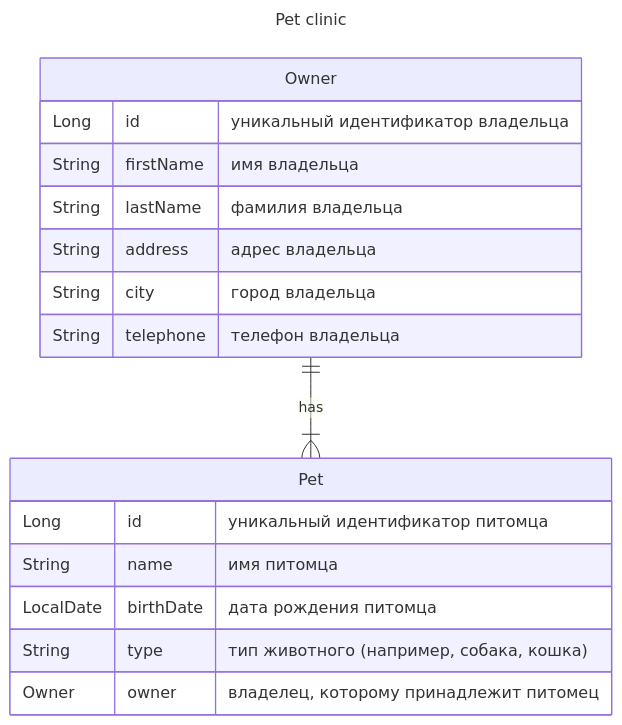
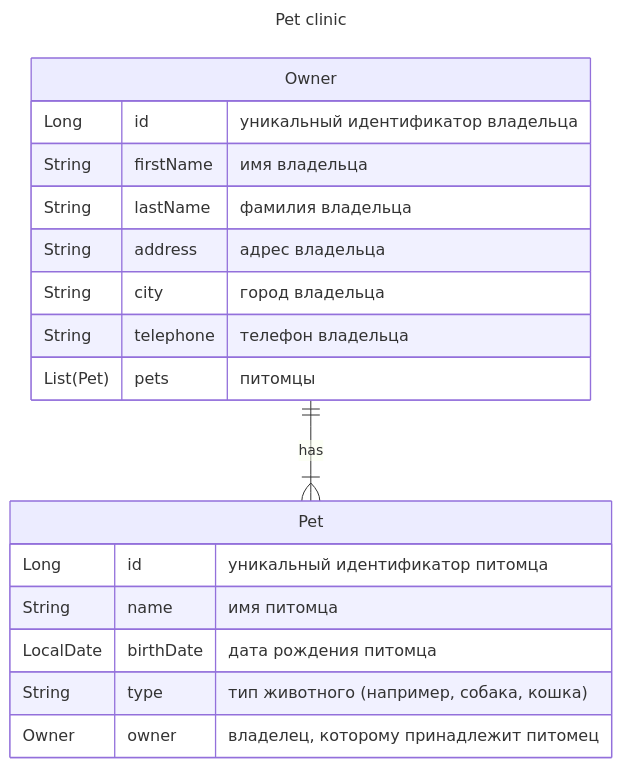
One commit to nixiedroid/PetClinic changed the first of 2 diagrams in README.md. Above: the diagram before and after it, drawn with Mermaid.

Commit message:
Added Sitemap

````diff
--- a/README.md
+++ b/README.md
@@ -10,23 +10,24 @@
 ```mermaid
 ---
 title: Pet clinic
 ---
 erDiagram
     Owner ||--|{ Pet: has
     Owner {
         Long id "уникальный идентификатор владельца"
         String firstName "имя владельца"
         String lastName "фамилия владельца"
         String address "адрес владельца"
         String city "город владельца"
         String telephone "телефон владельца"
+        List(Pet) pets "питомцы"
     }
     Pet {
         Long id "уникальный идентификатор питомца"
         String name "имя питомца"
         LocalDate birthDate "дата рождения питомца"
         String type "тип животного (например, собака, кошка)"
         Owner owner "владелец, которому принадлежит питомец"
     }
 
 ```
````
